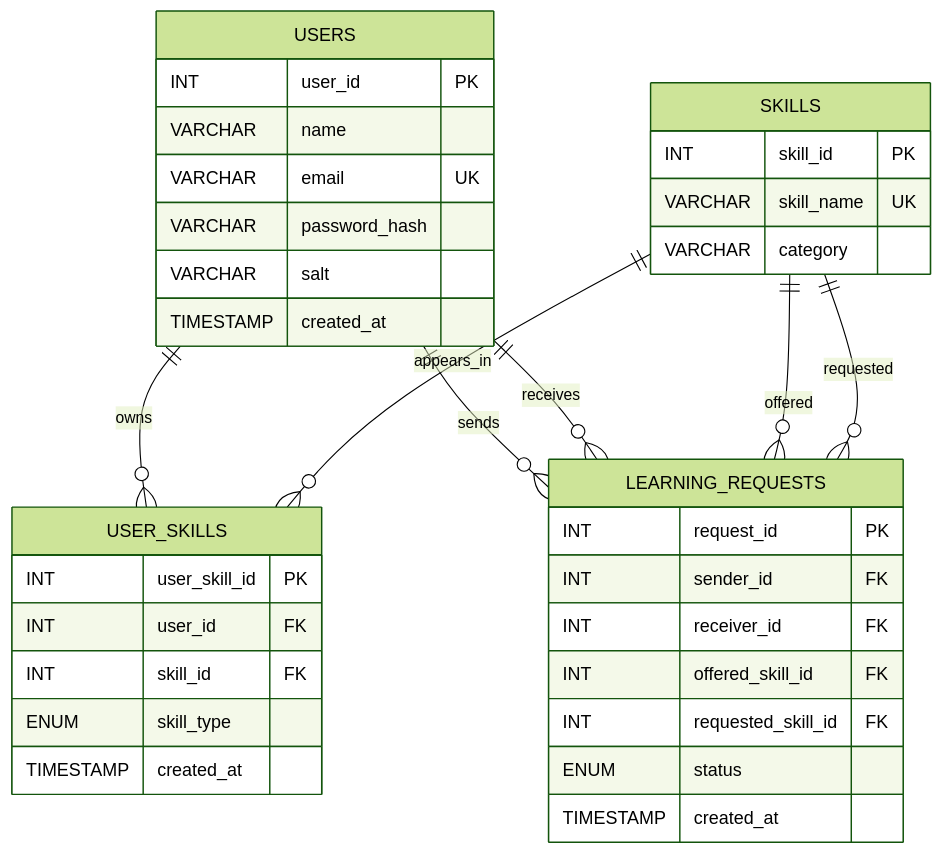
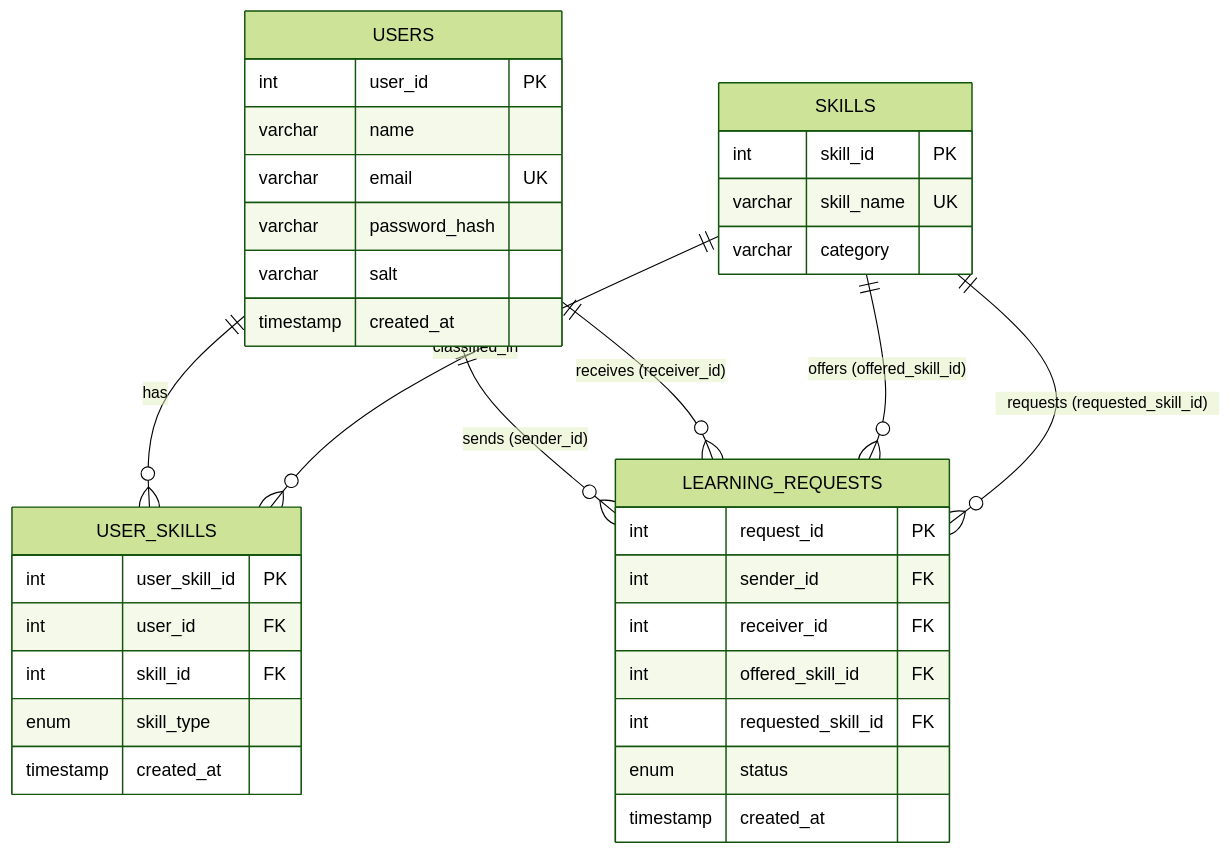
One commit to varsha1125/skill_chain changed the third of 3 diagrams in docs/FINAL_PROJECT_REPORT.md. Above: the diagram before and after it, drawn with Mermaid (forest theme). The commit also changed other lines of this file and 1 other file, not shown here.

````diff
--- a/docs/FINAL_PROJECT_REPORT.md
+++ b/docs/FINAL_PROJECT_REPORT.md
@@ -152,39 +210,42 @@
 ```mermaid
 erDiagram
-    USERS ||--o{ USER_SKILLS : owns
-    SKILLS ||--o{ USER_SKILLS : appears_in
-    USERS ||--o{ LEARNING_REQUESTS : sends
-    USERS ||--o{ LEARNING_REQUESTS : receives
-    SKILLS ||--o{ LEARNING_REQUESTS : offered
-    SKILLS ||--o{ LEARNING_REQUESTS : requested
+    USERS ||--o{ USER_SKILLS : "has"
+    SKILLS ||--o{ USER_SKILLS : "classified_in"
+    USERS ||--o{ LEARNING_REQUESTS : "sends (sender_id)"
+    USERS ||--o{ LEARNING_REQUESTS : "receives (receiver_id)"
+    SKILLS ||--o{ LEARNING_REQUESTS : "offers (offered_skill_id)"
+    SKILLS ||--o{ LEARNING_REQUESTS : "requests (requested_skill_id)"
 
     USERS {
-        INT user_id PK
-        VARCHAR name
-        VARCHAR email UK
-        VARCHAR password_hash
-        VARCHAR salt
-        TIMESTAMP created_at
+        int user_id PK
+        varchar name
+        varchar email UK
+        varchar password_hash
+        varchar salt
+        timestamp created_at
     }
+
     SKILLS {
-        INT skill_id PK
-        VARCHAR skill_name UK
-        VARCHAR category
+        int skill_id PK
+        varchar skill_name UK
+        varchar category
     }
+
     USER_SKILLS {
-        INT user_skill_id PK
-        INT user_id FK
-        INT skill_id FK
-        ENUM skill_type
-        TIMESTAMP created_at
+        int user_skill_id PK
+        int user_id FK
+        int skill_id FK
+        enum skill_type
+        timestamp created_at
     }
+
     LEARNING_REQUESTS {
-        INT request_id PK
-        INT sender_id FK
-        INT receiver_id FK
-        INT offered_skill_id FK
-        INT requested_skill_id FK
-        ENUM status
-        TIMESTAMP created_at
+        int request_id PK
+        int sender_id FK
+        int receiver_id FK
+        int offered_skill_id FK
+        int requested_skill_id FK
+        enum status
+        timestamp created_at
     }
 ```
````
